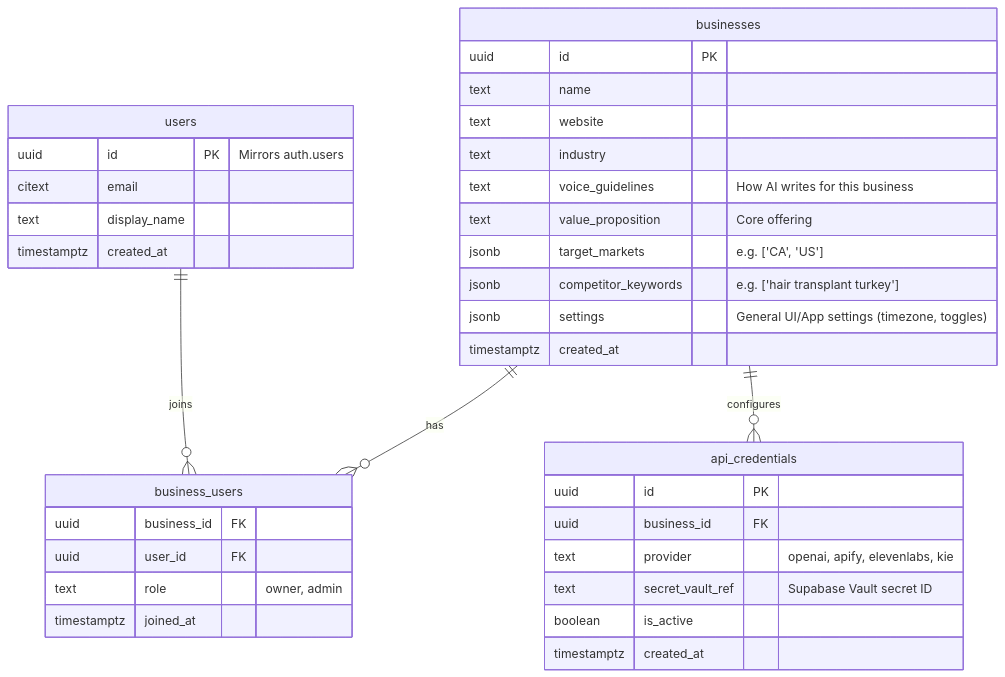
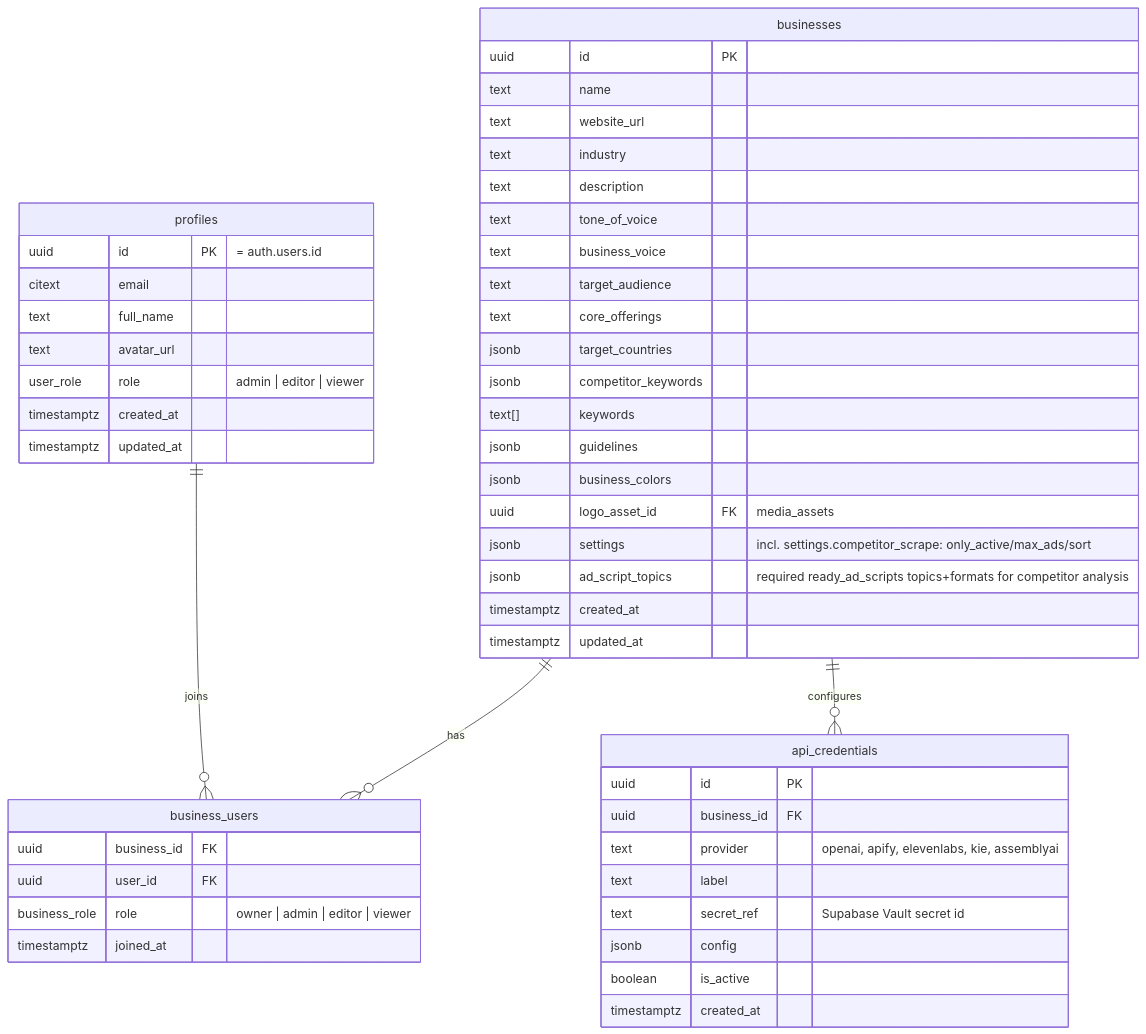
One commit to Aumatic-AI/Kinetix changed the first of 7 diagrams in docs/architecture/database_schema.md. Above: the diagram before and after it, drawn with Mermaid. The commit also changed other lines of this file and 124 other files, not shown here.

````diff
--- a/docs/architecture/database_schema.md
+++ b/docs/architecture/database_schema.md
@@ -91,42 +20,56 @@
 ```mermaid
 erDiagram
-    users ||--o{ business_users : "joins"
+    profiles ||--o{ business_users : "joins"
     businesses ||--o{ business_users : "has"
     businesses ||--o{ api_credentials : "configures"
 
-    users {
-        uuid id PK "Mirrors auth.users"
+    profiles {
+        uuid id PK "= auth.users.id"
         citext email
-        text display_name
+        text full_name
+        text avatar_url
+        user_role role "admin | editor | viewer"
         timestamptz created_at
+        timestamptz updated_at
     }
 
     businesses {
         uuid id PK
         text name
-        text website
+        text website_url
         text industry
-        text voice_guidelines "How AI writes for this business"
-        text value_proposition "Core offering"
-        jsonb target_markets "e.g. ['CA', 'US']"
-        jsonb competitor_keywords "e.g. ['hair transplant turkey']"
-        jsonb settings "General UI/App settings (timezone, toggles)"
+        text description
+        text tone_of_voice
+        text business_voice
+        text target_audience
+        text core_offerings
+        jsonb target_countries
+        jsonb competitor_keywords
+        text[] keywords
+        jsonb guidelines
+        jsonb business_colors
+        uuid logo_asset_id FK "media_assets"
+        jsonb settings "incl. settings.competitor_scrape: only_active/max_ads/sort"
+        jsonb ad_script_topics "required ready_ad_scripts topics+formats for competitor analysis"
         timestamptz created_at
+        timestamptz updated_at
     }
 
     business_users {
         uuid business_id FK
         uuid user_id FK
-        text role "owner, admin"
+        business_role role "owner | admin | editor | viewer"
         timestamptz joined_at
     }
 
     api_credentials {
         uuid id PK
         uuid business_id FK
-        text provider "openai, apify, elevenlabs, kie"
-        text secret_vault_ref "Supabase Vault secret ID"
+        text provider "openai, apify, elevenlabs, kie, assemblyai"
+        text label
+        text secret_ref "Supabase Vault secret id"
+        jsonb config
         boolean is_active
         timestamptz created_at
     }
 ```
````
